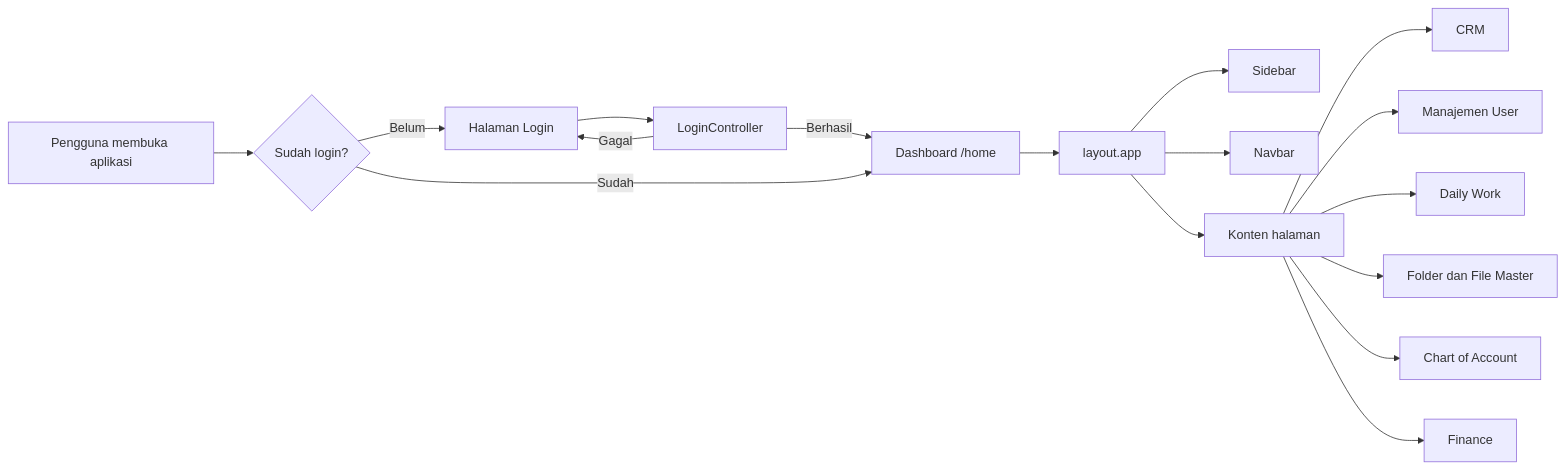
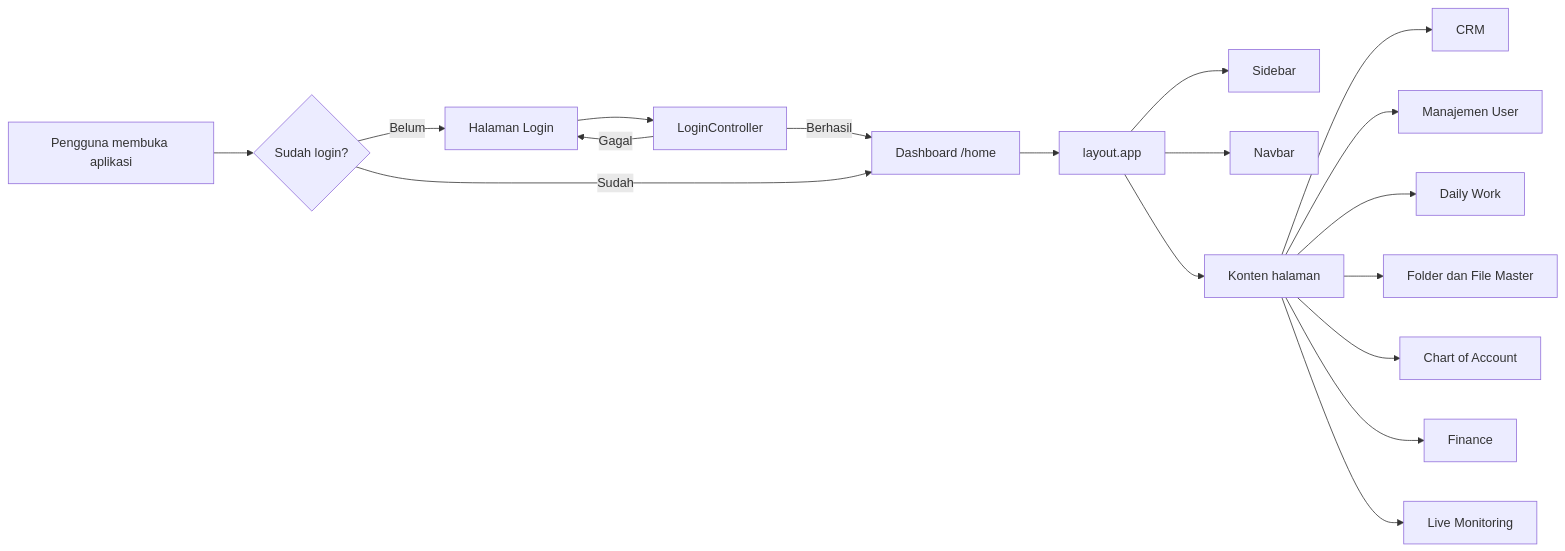
One commit to galangrakalighter/erp_lmg changed the first of 8 diagrams in README.md. Above: the diagram before and after it, drawn with Mermaid. The commit also changed other lines of this file and 9 other files, not shown here.

````diff
--- a/README.md
+++ b/README.md
@@ -203,19 +213,20 @@
 ```mermaid
 flowchart LR
     A[Pengguna membuka aplikasi] --> B{Sudah login?}
     B -- Belum --> C[Halaman Login]
     C --> D[LoginController]
     D -->|Berhasil| E[Dashboard /home]
     D -->|Gagal| C
     B -- Sudah --> E
     E --> F[layout.app]
     F --> G[Sidebar]
     F --> H[Navbar]
     F --> I[Konten halaman]
     I --> J[CRM]
     I --> K[Manajemen User]
     I --> L[Daily Work]
     I --> M[Folder dan File Master]
     I --> N[Chart of Account]
     I --> O[Finance]
+    I --> P[Live Monitoring]
 ```
````
